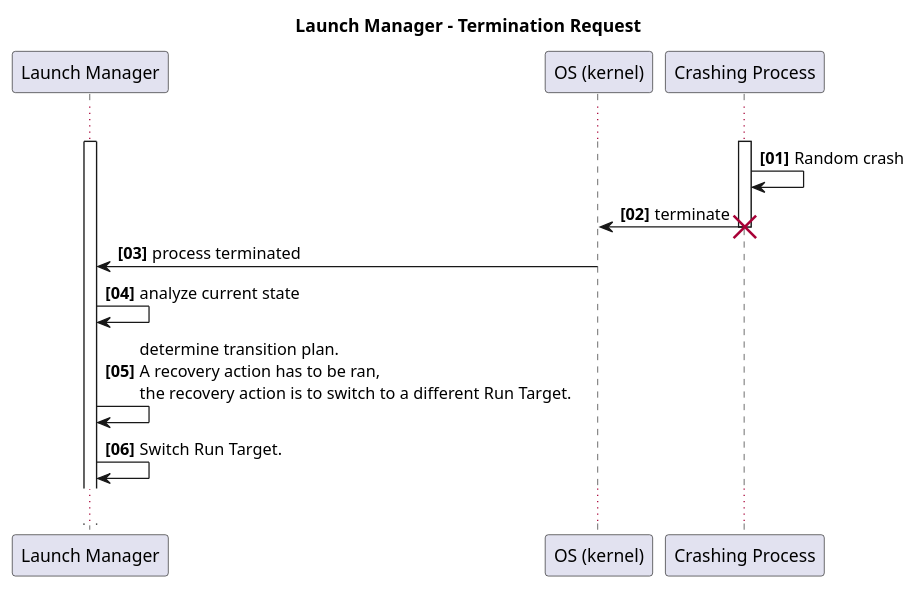
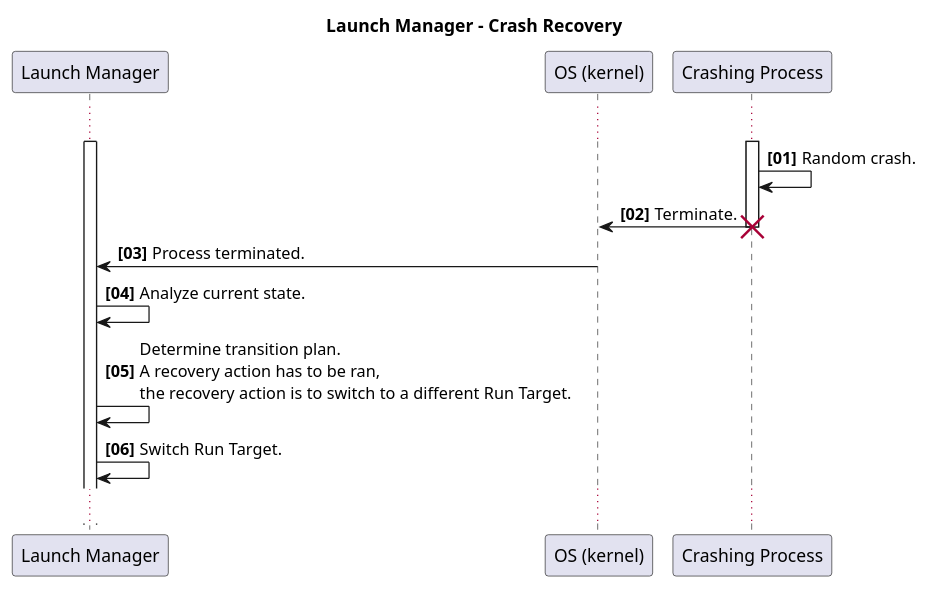
One commit to eclipse-score/lifecycle changed the diagram in docs/features/lifecycle/architecture/_assets/launch_manager_random_crash.puml. Above: the diagram before and after it, drawn with PlantUML. The commit also changed 11 other files, not shown here.

```diff
--- a/docs/features/lifecycle/architecture/_assets/launch_manager_random_crash.puml
+++ b/docs/features/lifecycle/architecture/_assets/launch_manager_random_crash.puml
@@ -14,28 +14,28 @@
 @startuml
-title Launch Manager - Termination Request
+title Launch Manager - Crash Recovery
 
 autonumber "<b>[00]"
 
 participant "Launch Manager" as LM
 participant "OS (kernel)" as kernel
 participant "Crashing Process" as app1
 
 
 activate LM
 activate app1
 
 ...
 
 
-app1 -> app1: Random crash
-app1 -> kernel: terminate
+app1 -> app1: Random crash.
+app1 -> kernel: Terminate.
 destroy app1
-kernel -> LM: process terminated
+kernel -> LM: Process terminated.
 
-LM -> LM: analyze current state
-LM -> LM: determine transition plan.\nA recovery action has to be ran,\nthe recovery action is to switch to a different Run Target.
+LM -> LM: Analyze current state.
+LM -> LM: Determine transition plan.\nA recovery action has to be ran,\nthe recovery action is to switch to a different Run Target.
 LM -> LM: Switch Run Target.
 
 ...
 
 @enduml
```
